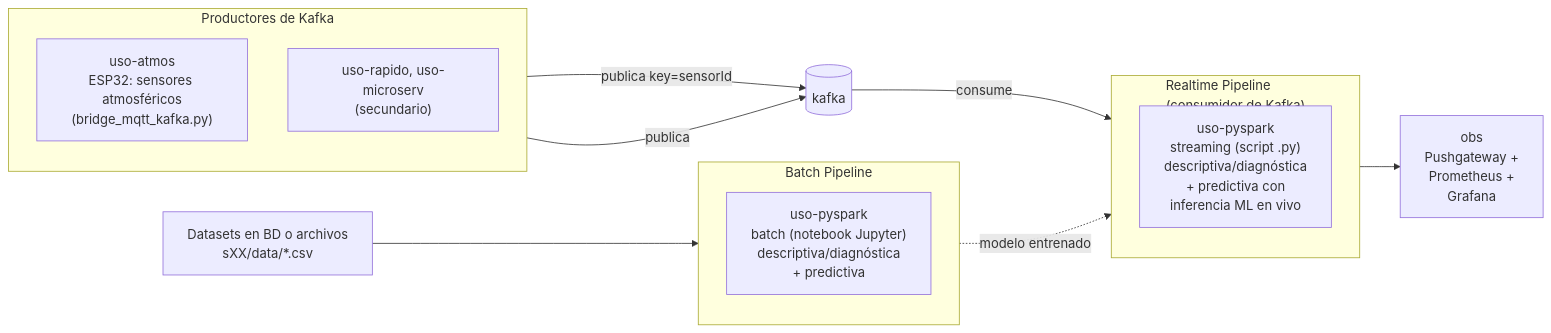
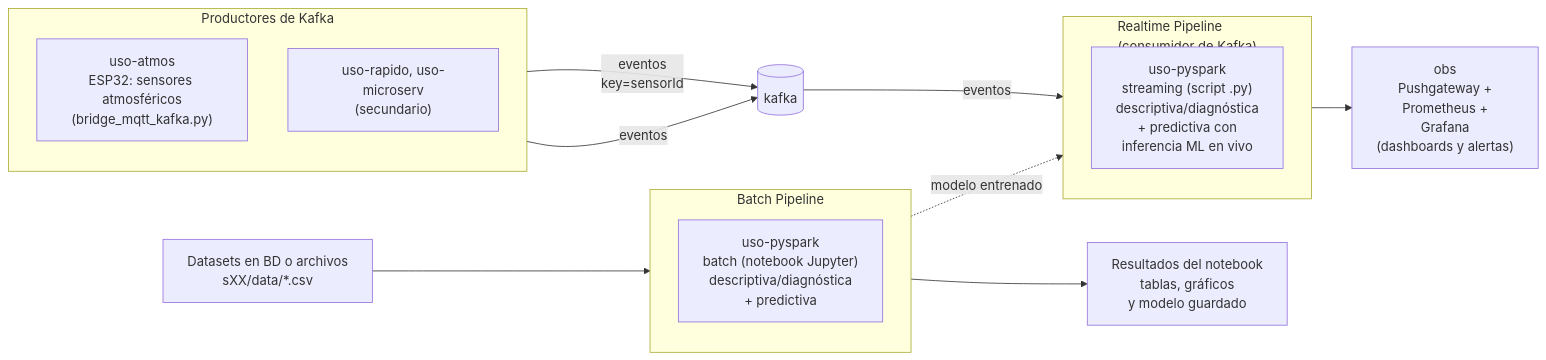
Before and after one commit to 262bigdata/lambda26: the first of 5 diagrams in docs/sesiones/S01_Arquitectura_Big_Data_Lambda_Kappa.md, drawn with Mermaid. The commit also changed 5 other files, not shown here.

````diff
--- a/docs/sesiones/S01_Arquitectura_Big_Data_Lambda_Kappa.md
+++ b/docs/sesiones/S01_Arquitectura_Big_Data_Lambda_Kappa.md
@@ -60,31 +60,33 @@
 ```mermaid
 flowchart LR
     subgraph Producers["Productores de Kafka"]
         direction TB
         A3["uso-atmos<br/>ESP32: sensores atmosféricos<br/>(bridge_mqtt_kafka.py)"]
         P2["uso-rapido, uso-microserv<br/>(secundario)"]
     end
+
+    D["Datasets en BD o archivos<br/>sXX/data/*.csv"]
 
     K[("kafka")]
 
     subgraph RT["Realtime Pipeline<br/>(consumidor de Kafka)"]
         direction TB
         RT1["uso-pyspark<br/>streaming (script .py)<br/>descriptiva/diagnóstica<br/>+ predictiva con<br/>inferencia ML en vivo"]
     end
 
     subgraph BP["Batch Pipeline"]
         direction TB
         BP1["uso-pyspark<br/>batch (notebook Jupyter)<br/>descriptiva/diagnóstica<br/>+ predictiva"]
     end
 
-    Grafana["obs<br/>Pushgateway +<br/>Prometheus +<br/>Grafana"]
+    OBS["obs<br/>Pushgateway +<br/>Prometheus +<br/>Grafana<br/>(dashboards y alertas)"]
+    NB["Resultados del notebook<br/>tablas, gráficos<br/>y modelo guardado"]
 
-    D["Datasets en BD o archivos<br/>sXX/data/*.csv"]
-
-    A3 -->|"publica key=sensorId"| K
-    P2 -->|"publica"| K
+    A3 -->|"eventos<br/>key=sensorId"| K
+    P2 -->|"eventos"| K
+    K -->|"eventos"| RT1
     D --> BP1
-    K -->|"consume"| RT
-    RT1 --> Grafana
+    RT1 --> OBS
+    BP1 --> NB
     BP1 -.->|"modelo entrenado"| RT1
 ```
````
